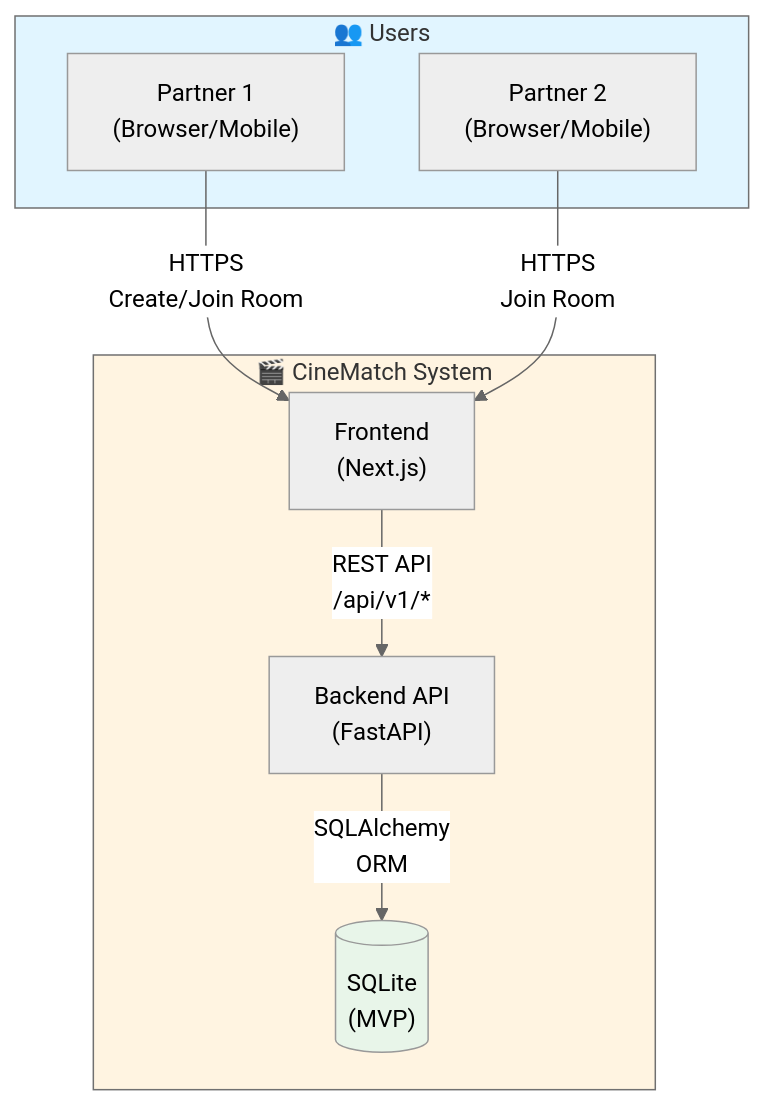
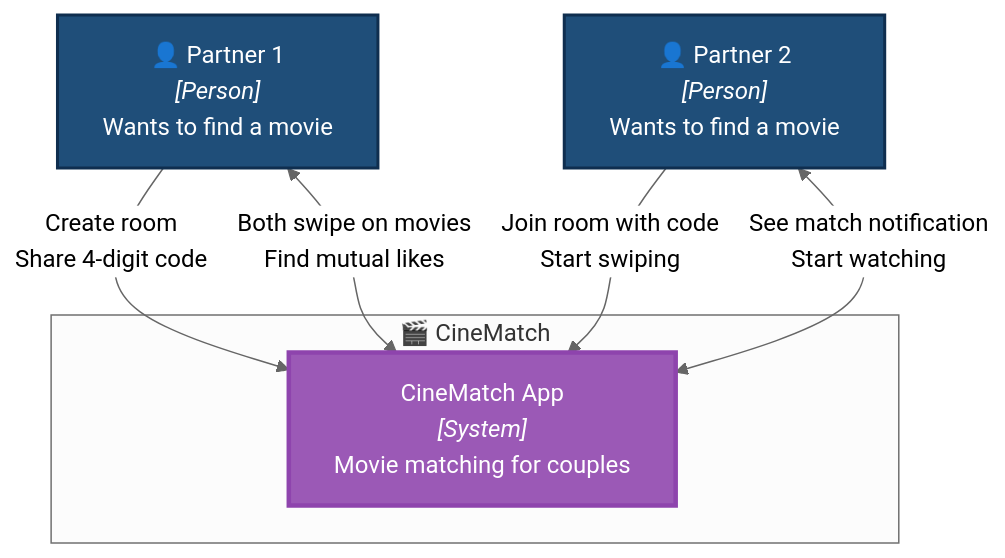
One commit to umans-ai/cinematch changed the first of 5 diagrams in docs/architecture/overview.md. Above: the diagram before and after it, drawn with Mermaid (neutral theme). The commit also changed other lines of this file and 3 other files, not shown here.

Commit message:
docs: refactor architecture overview, add AGENTS symlink, update tdd-check 📚

````diff
--- a/docs/architecture/overview.md
+++ b/docs/architecture/overview.md
@@ -92,22 +35,20 @@
 ```mermaid
-flowchart TB
-    subgraph Users["👥 Users"]
-        P1["Partner 1<br/>(Browser/Mobile)"]
-        P2["Partner 2<br/>(Browser/Mobile)"]
+flowchart TD
+    P1["👤 Partner 1<br/><i>[Person]</i><br/>Wants to find a movie"]
+    P2["👤 Partner 2<br/><i>[Person]</i><br/>Wants to find a movie"]
+
+    subgraph CineMatch ["🎬 CineMatch"]
+        CM["CineMatch App<br/><i>[System]</i><br/>Movie matching for couples"]
     end
 
-    subgraph CineMatch["🎬 CineMatch System"]
-        FE["Frontend<br/>(Next.js)"]
-        BE["Backend API<br/>(FastAPI)"]
-        DB[("SQLite<br/>(MVP)")]
-    end
+    P1 -->|"Create room<br/>Share 4-digit code"| CM
+    P2 -->|"Join room with code<br/>Start swiping"| CM
+    P1 <-->|"Both swipe on movies<br/>Find mutual likes"| CM
+    P2 <-->|"See match notification<br/>Start watching"| CM
 
-    P1 -->|"HTTPS<br/>Create/Join Room"| FE
-    P2 -->|"HTTPS<br/>Join Room"| FE
-    FE -->|"REST API<br/>/api/v1/*"| BE
-    BE -->|"SQLAlchemy<br/>ORM"| DB
+    classDef person fill:#1f4e79,stroke:#0f2e4f,color:#fff,stroke-width:2px
+    classDef system fill:#9b59b6,stroke:#8e44ad,color:#fff,stroke-width:3px
 
-    style Users fill:#e1f5ff
-    style CineMatch fill:#fff4e1
-    style DB fill:#e8f5e9
+    class P1,P2 person
+    class CM system
 ```
````
